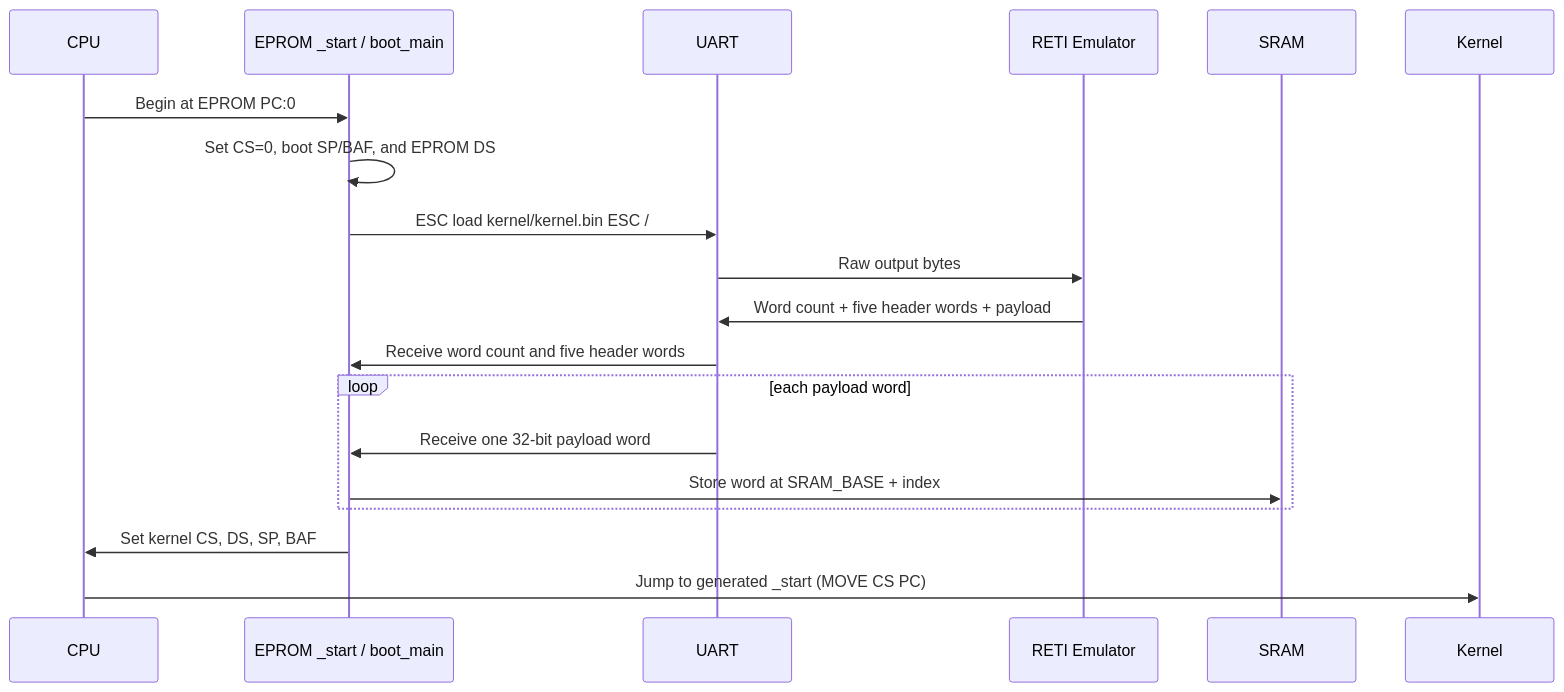
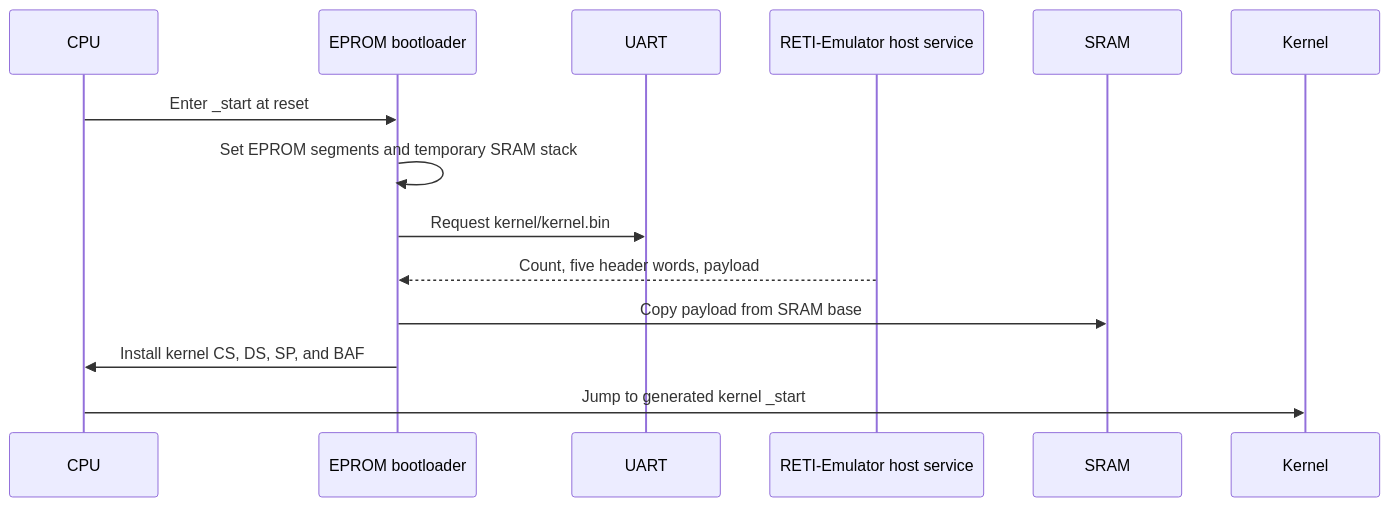
Before and after one commit to matthejue/Pico-OS: the fourth of 24 diagrams in README.md, drawn with Mermaid. The commit also changed other lines of this file and 19 other files, not shown here.

````diff
--- a/README.md
+++ b/README.md
@@ -849,22 +640,17 @@
 ```mermaid
 sequenceDiagram
     participant CPU
-    participant EPROM as EPROM _start / boot_main
+    participant EPROM as EPROM bootloader
     participant UART
-    participant Emu as RETI Emulator
+    participant Host as RETI-Emulator host service
     participant SRAM
     participant Kernel
 
-    CPU->>EPROM: Begin at EPROM PC:0
-    EPROM->>EPROM: Set CS=0, boot SP/BAF, and EPROM DS
-    EPROM->>UART: ESC load kernel/kernel.bin ESC /
-    UART->>Emu: Raw output bytes
-    Emu->>UART: Word count + five header words + payload
-    UART->>EPROM: Receive word count and five header words
-    loop each payload word
-        UART->>EPROM: Receive one 32-bit payload word
-        EPROM->>SRAM: Store word at SRAM_BASE + index
-    end
-    EPROM->>CPU: Set kernel CS, DS, SP, BAF
-    CPU->>Kernel: Jump to generated _start (MOVE CS PC)
+    CPU->>EPROM: Enter _start at reset
+    EPROM->>EPROM: Set EPROM segments and temporary SRAM stack
+    EPROM->>UART: Request kernel/kernel.bin
+    Host-->>EPROM: Count, five header words, payload
+    EPROM->>SRAM: Copy payload from SRAM base
+    EPROM->>CPU: Install kernel CS, DS, SP, and BAF
+    CPU->>Kernel: Jump to generated kernel _start
 ```
````
